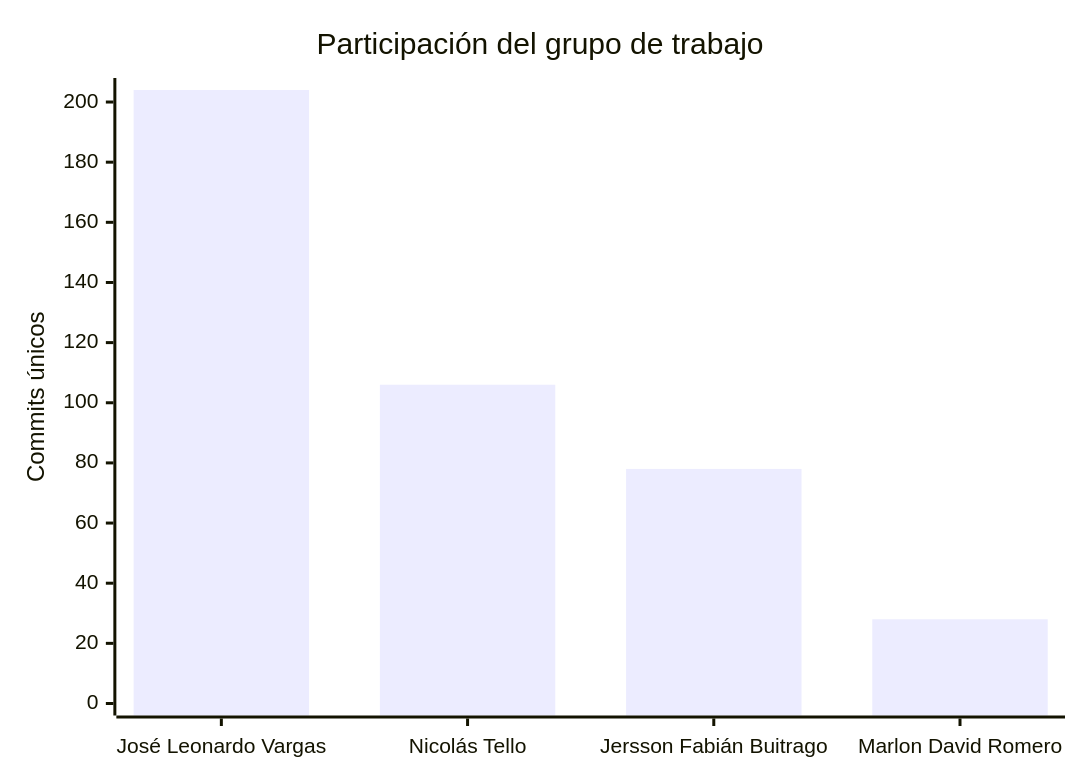
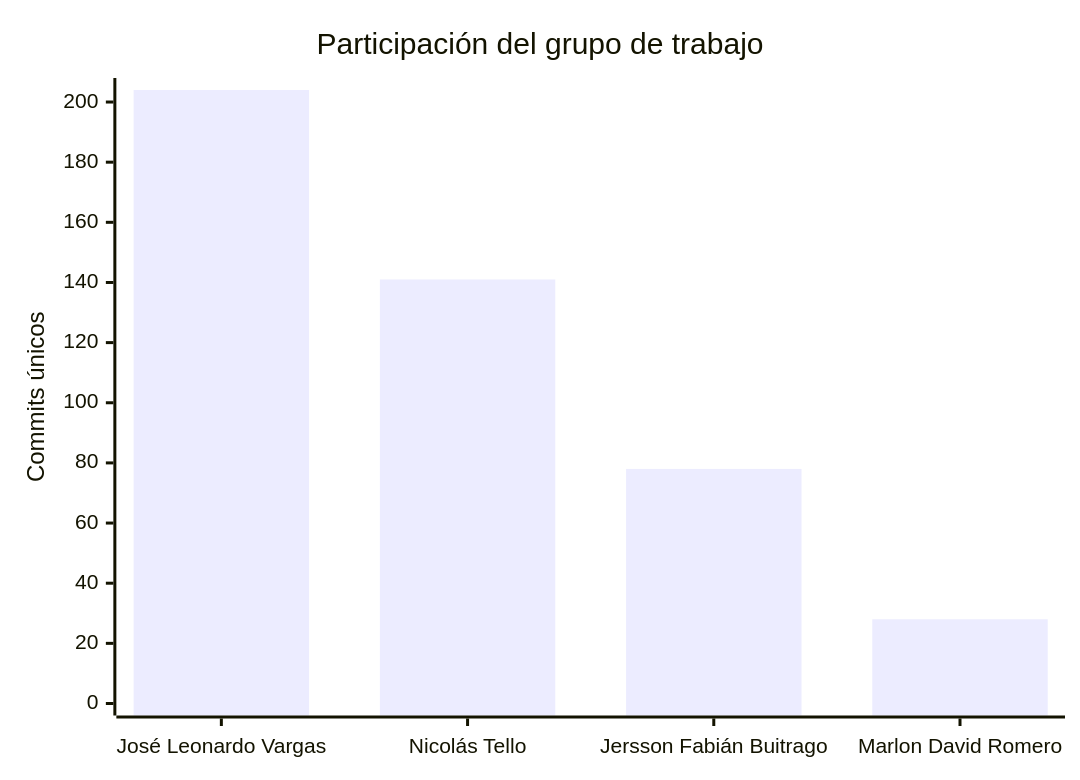
One commit to FarmaExpres/FarmaExpres changed the second of 2 diagrams in README.md. Above: the diagram before and after it, drawn with Mermaid. The commit also changed other lines of this file and 1 other file, not shown here.

````diff
--- a/README.md
+++ b/README.md
@@ -401,7 +401,7 @@
 ```mermaid
 xychart-beta
     title "Participación del grupo de trabajo"
     x-axis ["José Leonardo Vargas", "Nicolás Tello", "Jersson Fabián Buitrago", "Marlon David Romero"]
     y-axis "Commits únicos" 0 --> 204
-    bar [204, 106, 78, 28]
+    bar [204, 141, 78, 28]
 ```
````
